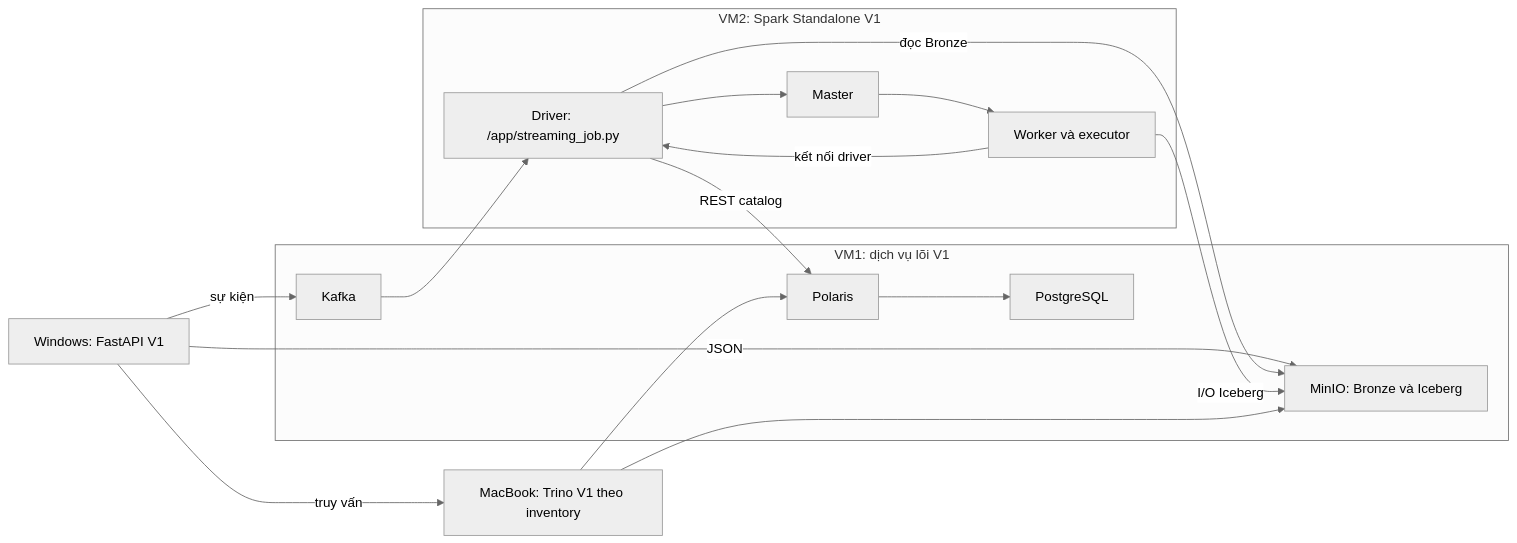
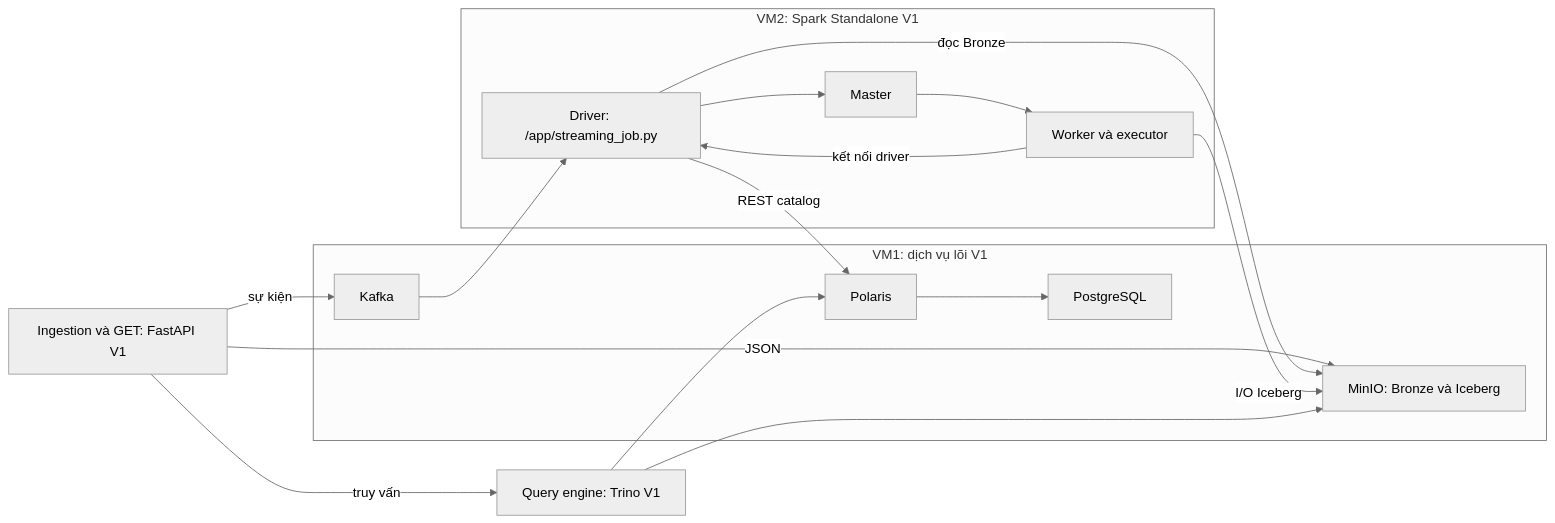
Before and after one commit to xmongng/bigdata: the first of 2 diagrams in docs/HUONG_DAN_HOC_CODE_VA_HOAN_THIEN_DU_AN.md, drawn with Mermaid (neutral theme). The commit also changed other lines of this file, not shown here.

````diff
--- a/docs/HUONG_DAN_HOC_CODE_VA_HOAN_THIEN_DU_AN.md
+++ b/docs/HUONG_DAN_HOC_CODE_VA_HOAN_THIEN_DU_AN.md
@@ -18,28 +18,28 @@
 ```mermaid
 flowchart LR
-  W["Windows: FastAPI V1"]
-  T["MacBook: Trino V1 theo inventory"]
+  W["Ingestion và GET: FastAPI V1"]
+  T["Query engine: Trino V1"]
   subgraph VM1["VM1: dịch vụ lõi V1"]
     K["Kafka"]
     M["MinIO: Bronze và Iceberg"]
     P["Polaris"]
     D["PostgreSQL"]
     P --> D
   end
   subgraph VM2["VM2: Spark Standalone V1"]
     S["Driver: /app/streaming_job.py"]
     A["Master"]
     B["Worker và executor"]
     S --> A --> B
     B -->|kết nối driver| S
   end
   W -->|JSON| M
   W -->|sự kiện| K
   K --> S
   S -->|đọc Bronze| M
   B -->|I/O Iceberg| M
   S -->|REST catalog| P
   W -->|truy vấn| T
   T --> P
   T --> M
 ```
````
